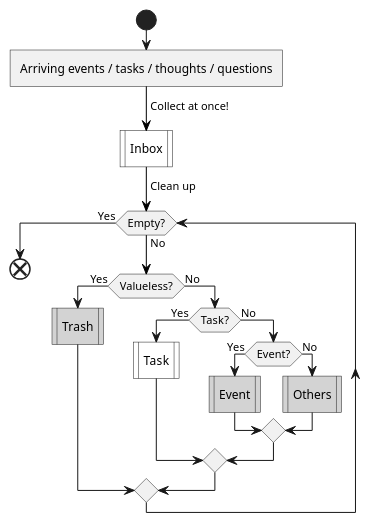
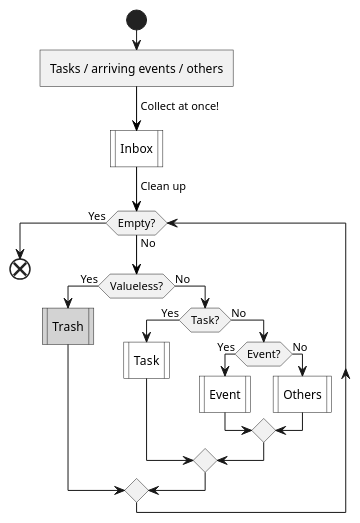
The first of 5 diagrams in lifelogs/rehabilitation.md (IceHe/icehe-lib), drawn with PlantUML before and after one commit. The commit also changed other lines of this file, not shown here.

````diff
--- a/lifelogs/rehabilitation.md
+++ b/lifelogs/rehabilitation.md
@@ -205,42 +209,40 @@
 ```plantuml
 @startuml
 start
-:Arriving events / tasks / thoughts / questions]
+:Tasks / arriving events / others]
+':Tasks / arriving events / thoughts / questions]
 -[#black]-> Collect at once!;
 #white:Inbox|
 -[#black]-> Clean up;
 while (Empty?) is (No)
     if (Valueless?) then (Yes)
         #lightGray:Trash|
         'if (Hesitate?) then (Yes)
-        '    '#white:Rethink;
-        '    #white:Inbox|
+        '   #white:Inbox|
         'else (No)
-        '    '#white:Discard;
-        '    #white:Trash|
+        '   #lightGray:Trash|
         'endif
     else (No)
         if (Task?) then (Yes)
             #white:Task|
         else (No)
             if (Event?) then (Yes)
-                #lightGray:Event|
-                '#white:Event|
+                #white:Event|
             else (No)
-                #lightGray:Others|
+                #white:Others|
                 'if (Thought?) then (Yes)
                 '    #white:Thought|
                 'else (No)
                 '    if (Question?) then (Yes)
                 '        #white:Question|
                 '    else (No)
                 '        #orange:What is it?;
                 '    endif
                 'endif
             endif
         endif
     endif
 endwhile (Yes)
 end
 @enduml
 ```
````
